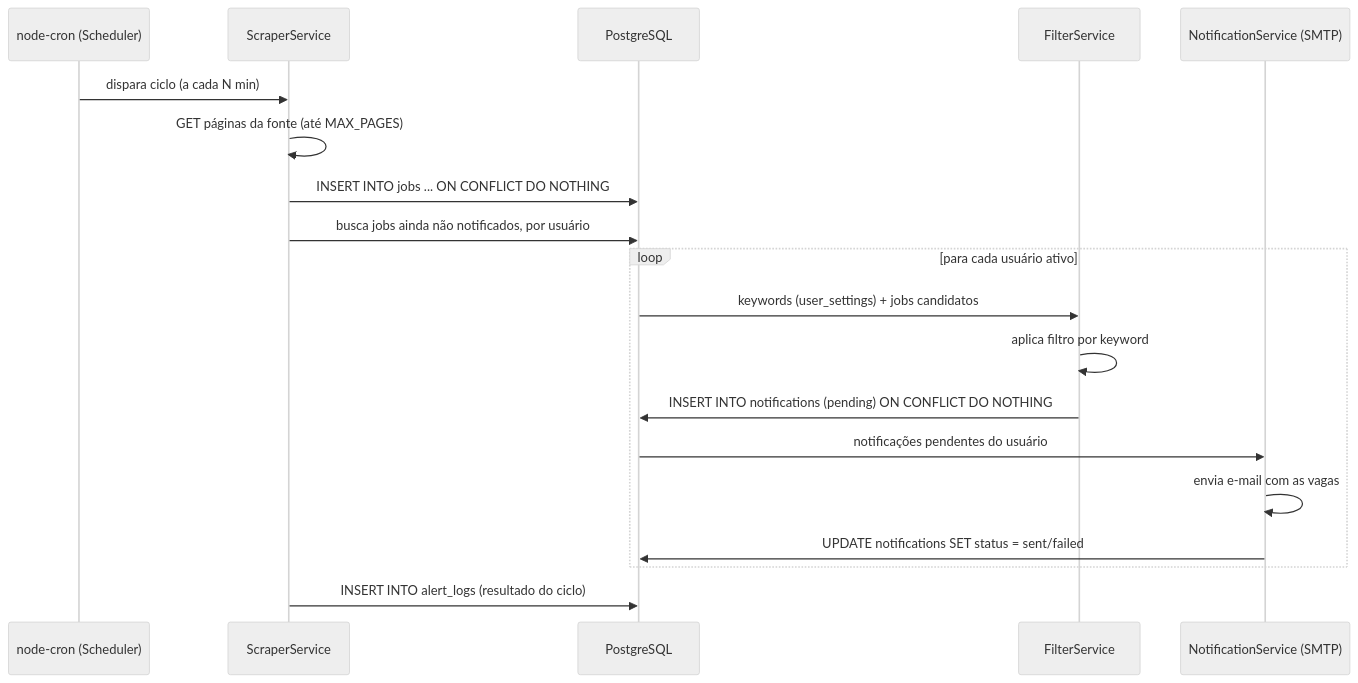
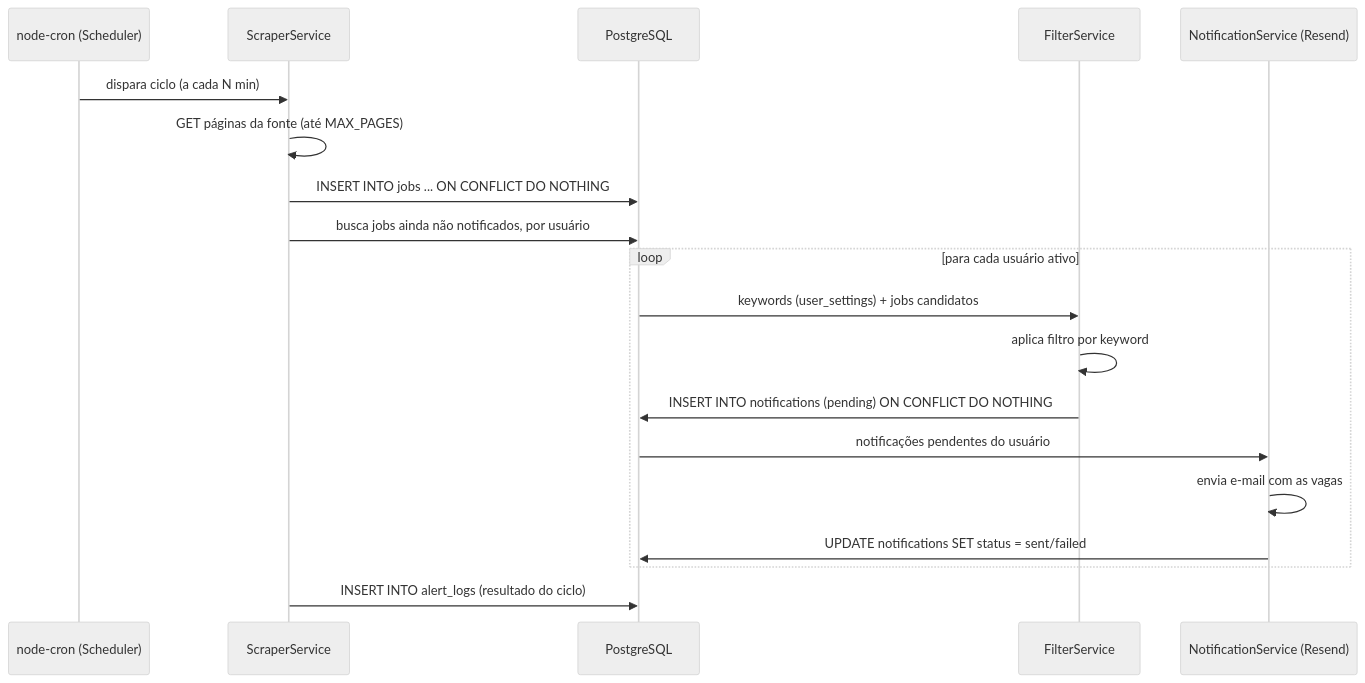
Before and after one commit to leandro-hd/job4devs: the diagram in CLAUDE.md, drawn with Mermaid (neutral theme). The commit also changed other lines of this file, not shown here.

Commit message:
docs(CLAUDE.md): fix SMTP label in diagram and sync env vars with Phase 2

````diff
--- a/CLAUDE.md
+++ b/CLAUDE.md
@@ -72,24 +72,24 @@
 ```mermaid
 sequenceDiagram
     participant Cron as node-cron (Scheduler)
     participant Scraper as ScraperService
     participant DB as PostgreSQL
     participant Filter as FilterService
-    participant Mail as NotificationService (SMTP)
+    participant Mail as NotificationService (Resend)
 
     Cron->>Scraper: dispara ciclo (a cada N min)
     Scraper->>Scraper: GET páginas da fonte (até MAX_PAGES)
     Scraper->>DB: INSERT INTO jobs ... ON CONFLICT DO NOTHING
     Scraper->>DB: busca jobs ainda não notificados, por usuário
 
     loop para cada usuário ativo
         DB->>Filter: keywords (user_settings) + jobs candidatos
         Filter->>Filter: aplica filtro por keyword
         Filter->>DB: INSERT INTO notifications (pending) ON CONFLICT DO NOTHING
         DB->>Mail: notificações pendentes do usuário
         Mail->>Mail: envia e-mail com as vagas
         Mail->>DB: UPDATE notifications SET status = sent/failed
     end
 
     Scraper->>DB: INSERT INTO alert_logs (resultado do ciclo)
 ```
````
